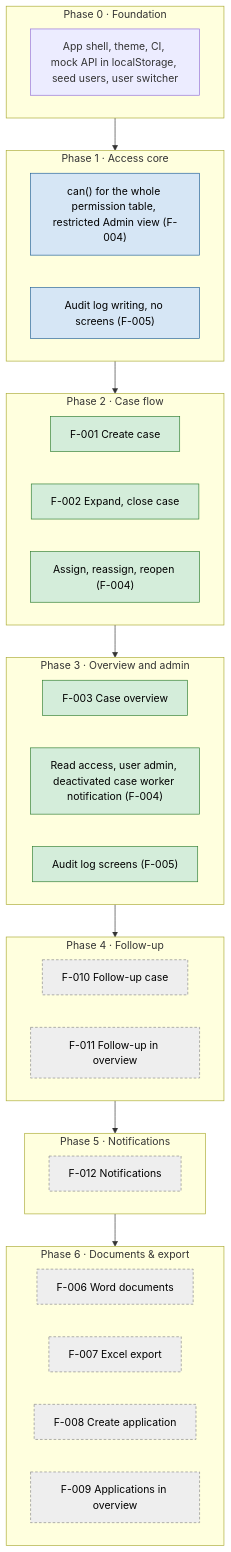
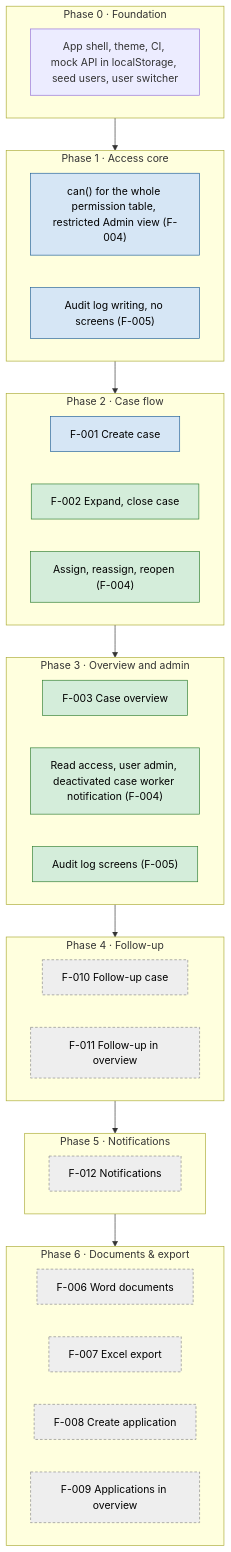
Before and after one commit to TLS97/tines-case-management-system: the first of 2 diagrams in docs/roadmap.md, drawn with Mermaid. The commit also changed other lines of this file and 28 other files, not shown here.

````diff
--- a/docs/roadmap.md
+++ b/docs/roadmap.md
@@ -10,41 +10,41 @@
 ```mermaid
 flowchart TD
   subgraph P0["Phase 0 · Foundation"]
     F0[App shell, theme, CI, mock API in localStorage, seed users, user switcher]
   end
   subgraph P1["Phase 1 · Access core"]
     P1a["can() for the whole permission table, restricted Admin view (F-004)"]
     P1b["Audit log writing, no screens (F-005)"]
   end
   subgraph P2["Phase 2 · Case flow"]
     F001[F-001 Create case]
     F002["F-002 Expand, close case"]
     P2a["Assign, reassign, reopen (F-004)"]
   end
   subgraph P3["Phase 3 · Overview and admin"]
     F003[F-003 Case overview]
     P3a["Read access, user admin, deactivated case worker notification (F-004)"]
     P3b["Audit log screens (F-005)"]
   end
   subgraph P4["Phase 4 · Follow-up"]
     F010[F-010 Follow-up case]
     F011[F-011 Follow-up in overview]
   end
   subgraph P5["Phase 5 · Notifications"]
     F012[F-012 Notifications]
   end
   subgraph P6["Phase 6 · Documents & export"]
     F006[F-006 Word documents]
     F007[F-007 Excel export]
     F008[F-008 Create application]
     F009[F-009 Applications in overview]
   end
   P0 --> P1 --> P2 --> P3 --> P4 --> P5 --> P6
 
   classDef approved fill:#d4edda,stroke:#2e7d32,color:#000
   classDef draft fill:#eeeeee,stroke:#888,stroke-dasharray:4 3,color:#000
   classDef inprogress fill:#d6e6f5,stroke:#1f5f99,color:#000
-  class F001,F002,P2a,F003,P3a,P3b approved
-  class P1a,P1b inprogress
+  class F002,P2a,F003,P3a,P3b approved
+  class P1a,P1b,F001 inprogress
   class F006,F007,F008,F009,F010,F011,F012 draft
 ```
````
